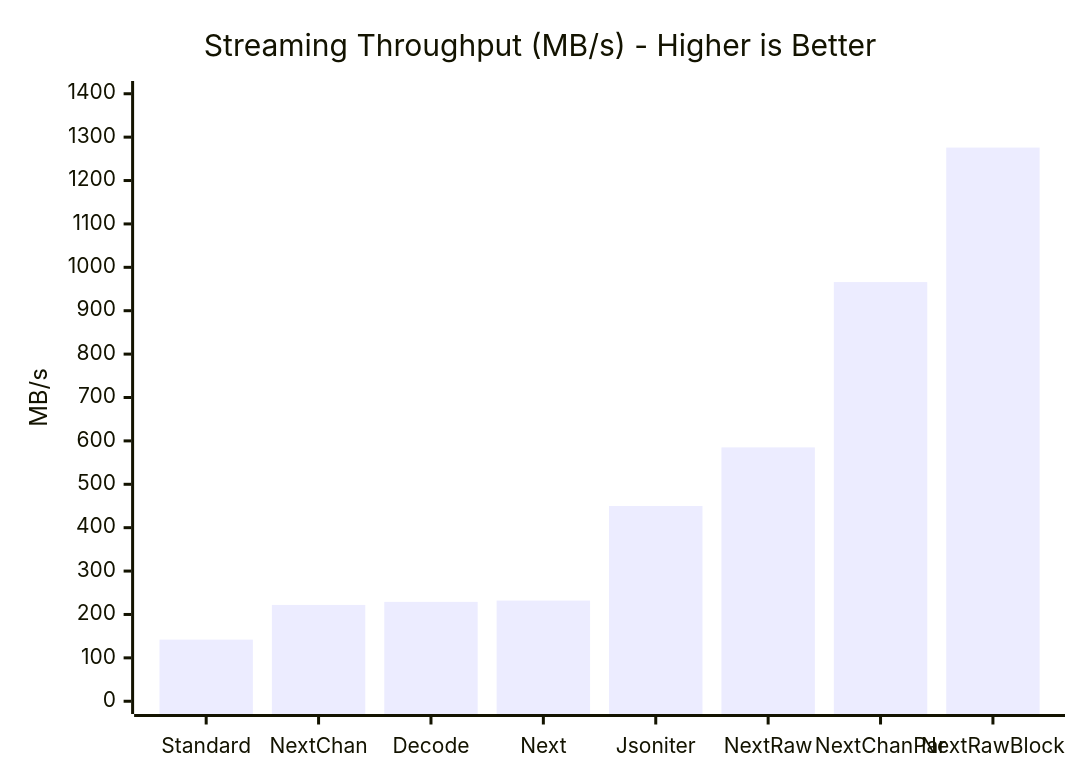
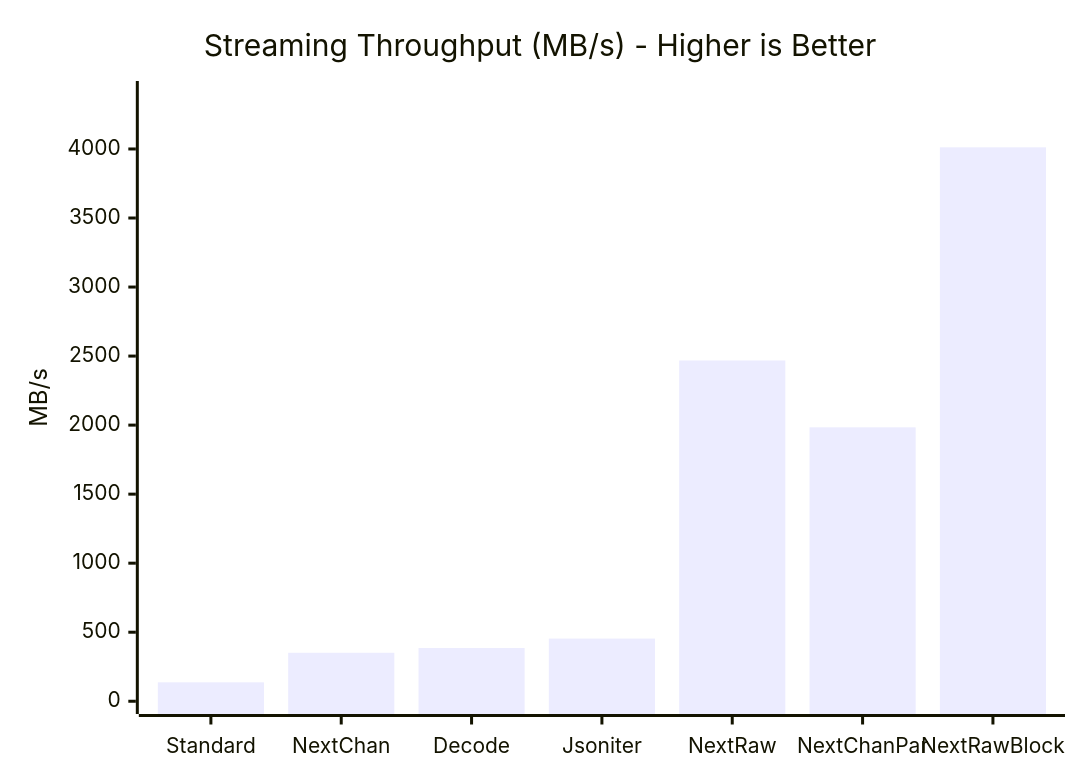
Before and after one commit to GenshIv/silentjson: the third of 5 diagrams in README.md, drawn with Mermaid. The commit also changed other lines of this file and 9 other files, not shown here.

````diff
--- a/README.md
+++ b/README.md
@@ -152,7 +150,7 @@
 ```mermaid
 xychart-beta
     title "Streaming Throughput (MB/s) - Higher is Better"
-    x-axis ["Standard", "NextChan", "Decode", "Next", "Jsoniter", "NextRaw", "NextChanPar", "NextRawBlock"]
-    y-axis "MB/s" 0 --> 1400
-    bar [142, 222, 229, 232, 450, 585, 966, 1276]
+    x-axis ["Standard", "NextChan", "Decode", "Jsoniter", "NextRaw", "NextChanPar", "NextRawBlock"]
+    y-axis "MB/s" 0 --> 4400
+    bar [137, 351, 386, 454, 2468, 1984, 4012]
 ```
````
